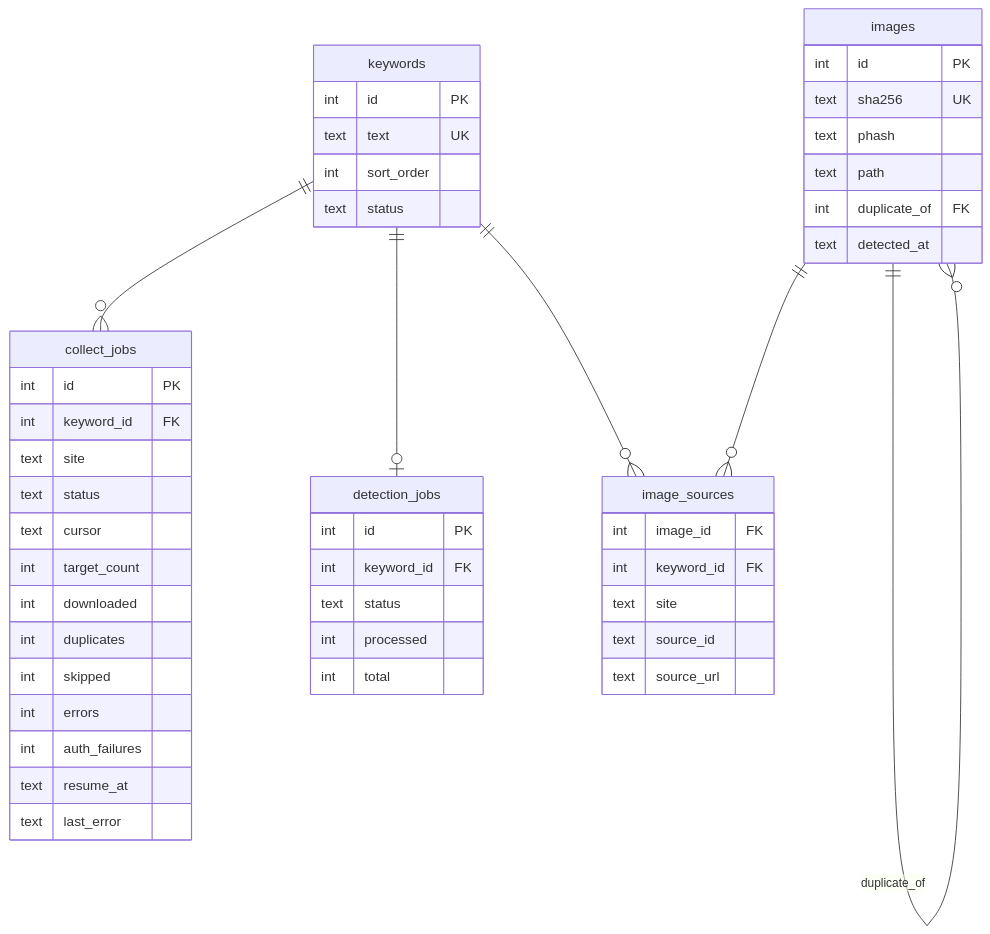
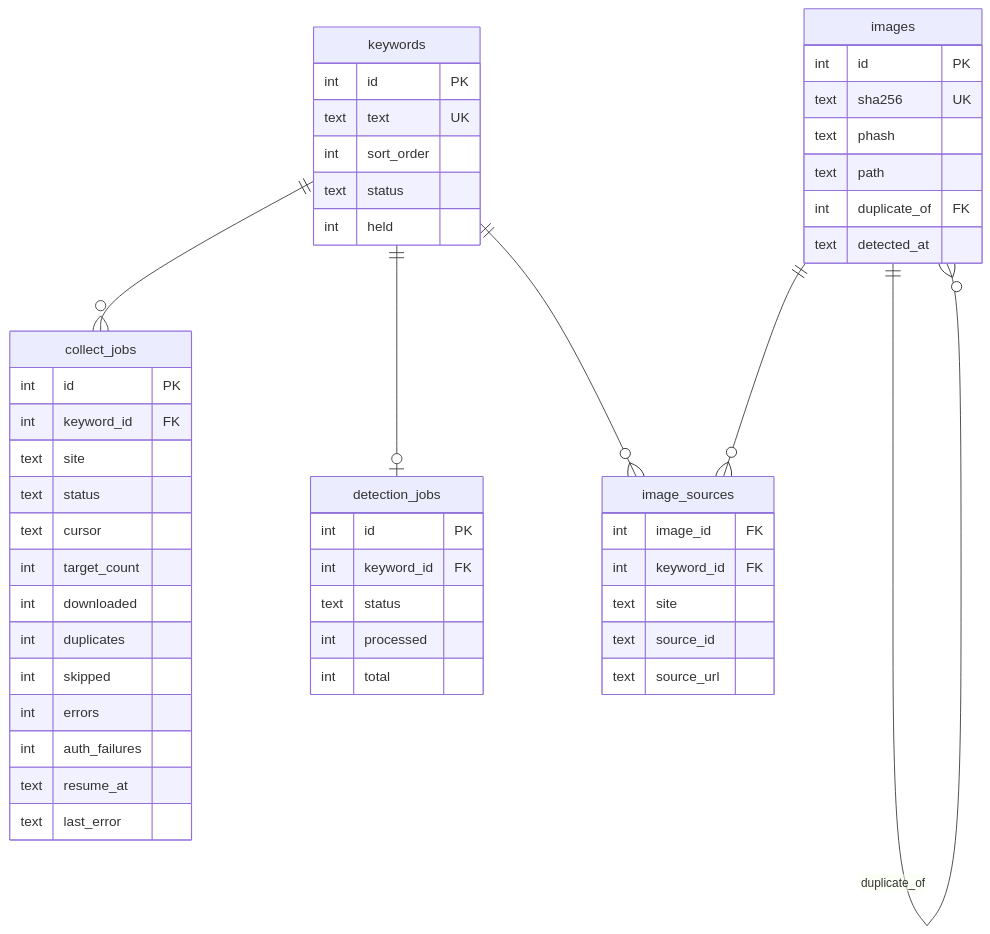
Before and after one commit to Sookyeong0505/image_collector: the fifth of 5 diagrams in docs/COLLECTION_SPEC.md, drawn with Mermaid. The commit also changed other lines of this file and 10 other files, not shown here.

````diff
--- a/docs/COLLECTION_SPEC.md
+++ b/docs/COLLECTION_SPEC.md
@@ -127,52 +128,53 @@
 ```mermaid
 erDiagram
     keywords ||--o{ collect_jobs : ""
     keywords ||--o| detection_jobs : ""
     keywords ||--o{ image_sources : ""
     images ||--o{ image_sources : ""
     images ||--o{ images : "duplicate_of"
 
     keywords {
         int id PK
         text text UK
         int sort_order
         text status
+        int held
     }
     collect_jobs {
         int id PK
         int keyword_id FK
         text site
         text status
         text cursor
         int target_count
         int downloaded
         int duplicates
         int skipped
         int errors
         int auth_failures
         text resume_at
         text last_error
     }
     images {
         int id PK
         text sha256 UK
         text phash
         text path
         int duplicate_of FK
         text detected_at
     }
     image_sources {
         int image_id FK
         int keyword_id FK
         text site
         text source_id
         text source_url
     }
     detection_jobs {
         int id PK
         int keyword_id FK
         text status
         int processed
         int total
     }
 ```
````
